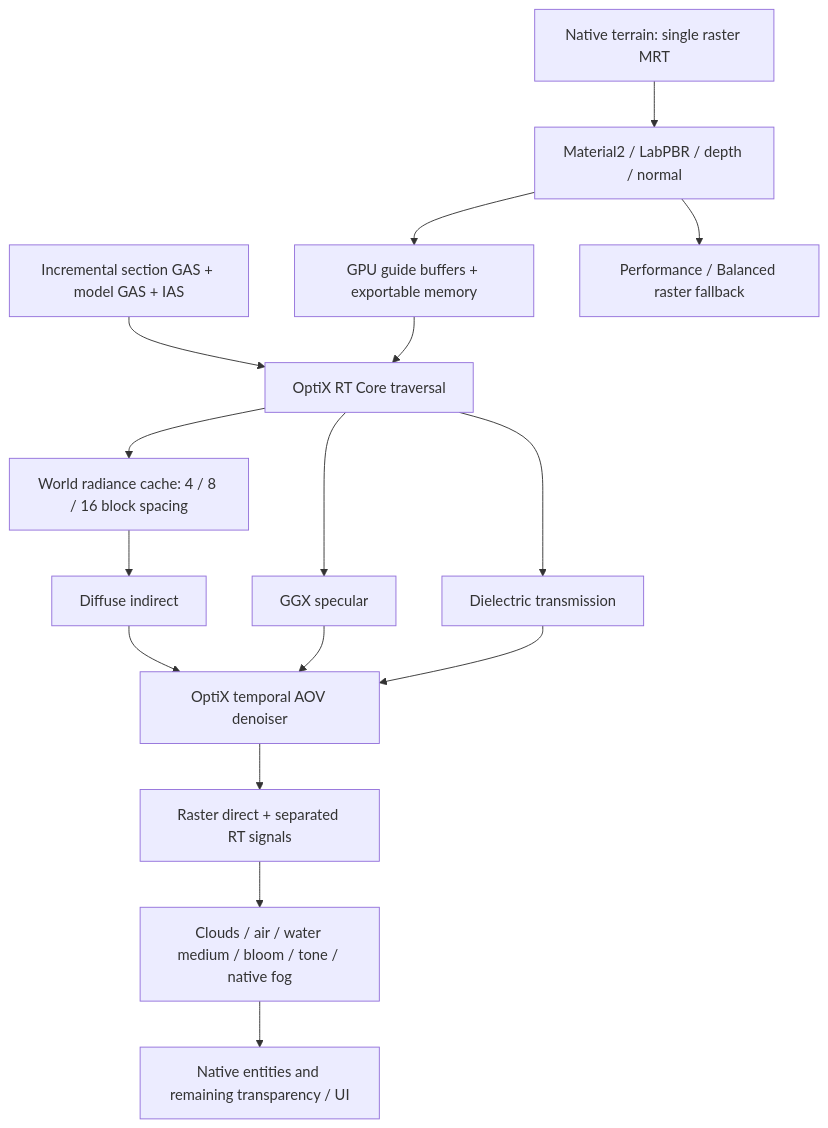
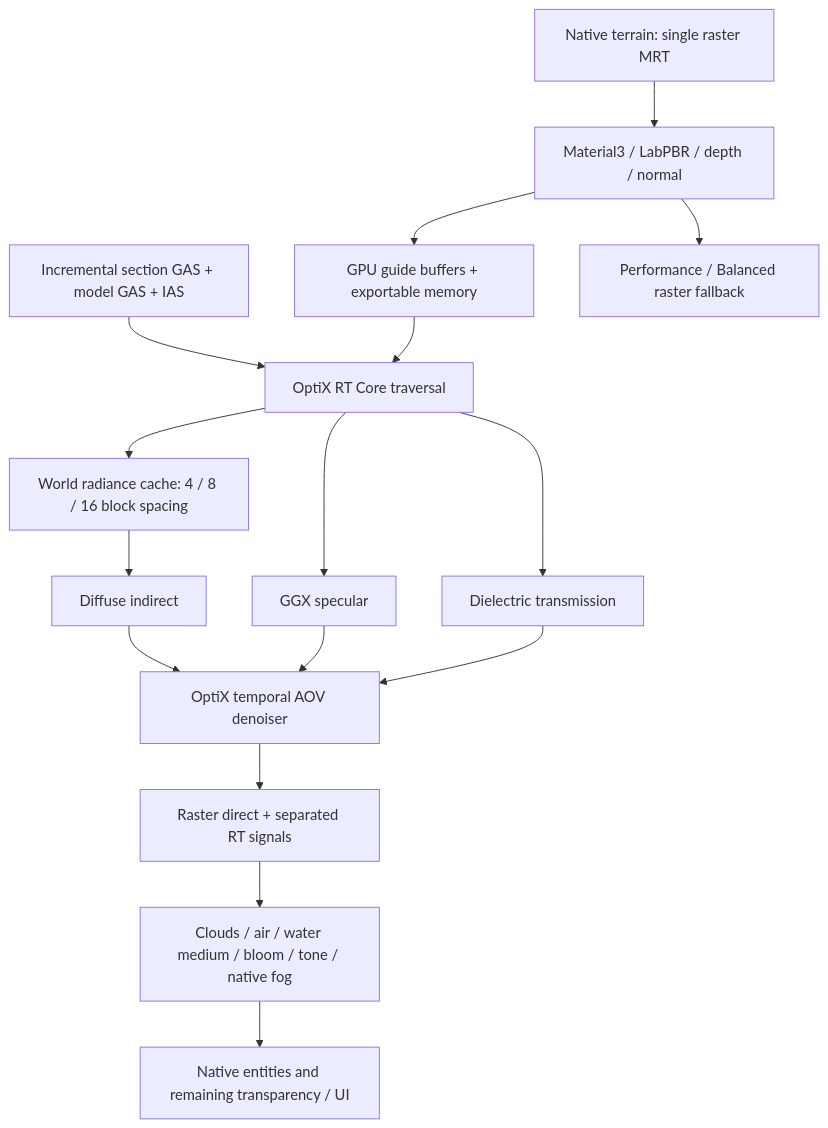
One commit to jurky123/mineRenderer changed the diagram in docs/RTX-PATH-TRACING-ARCHITECTURE.md. Above: the diagram before and after it, drawn with Mermaid. The commit also changed other lines of this file and 41 other files, not shown here.

````diff
--- a/docs/RTX-PATH-TRACING-ARCHITECTURE.md
+++ b/docs/RTX-PATH-TRACING-ARCHITECTURE.md
@@ -7,18 +9,18 @@
 ```mermaid
 flowchart TD
-    Native[Native terrain: single raster MRT] --> Guides[Material2 / LabPBR / depth / normal]
+    Native[Native terrain: single raster MRT] --> Guides[Material3 / LabPBR / depth / normal]
     Guides --> Export[GPU guide buffers + exportable memory]
     Scene[Incremental section GAS + model GAS + IAS] --> Optix[OptiX RT Core traversal]
     Export --> Optix
     Optix --> Cache[World radiance cache: 4 / 8 / 16 block spacing]
     Cache --> Diffuse[Diffuse indirect]
     Optix --> Specular[GGX specular]
     Optix --> Transmission[Dielectric transmission]
     Diffuse --> Denoise[OptiX temporal AOV denoiser]
     Specular --> Denoise
     Transmission --> Denoise
     Denoise --> HDR[Raster direct + separated RT signals]
     HDR --> Post[Clouds / air / water medium / bloom / tone / native fog]
     Post --> NativeRemaining[Native entities and remaining transparency / UI]
     Guides --> Fallback[Performance / Balanced raster fallback]
 ```
````
